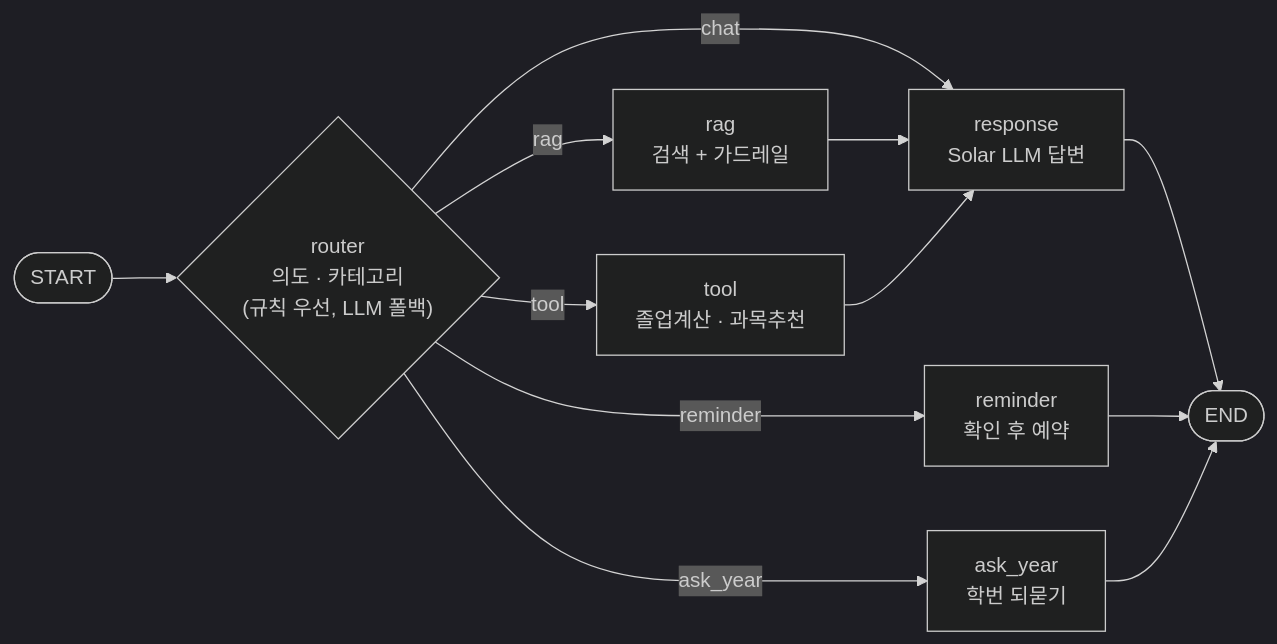
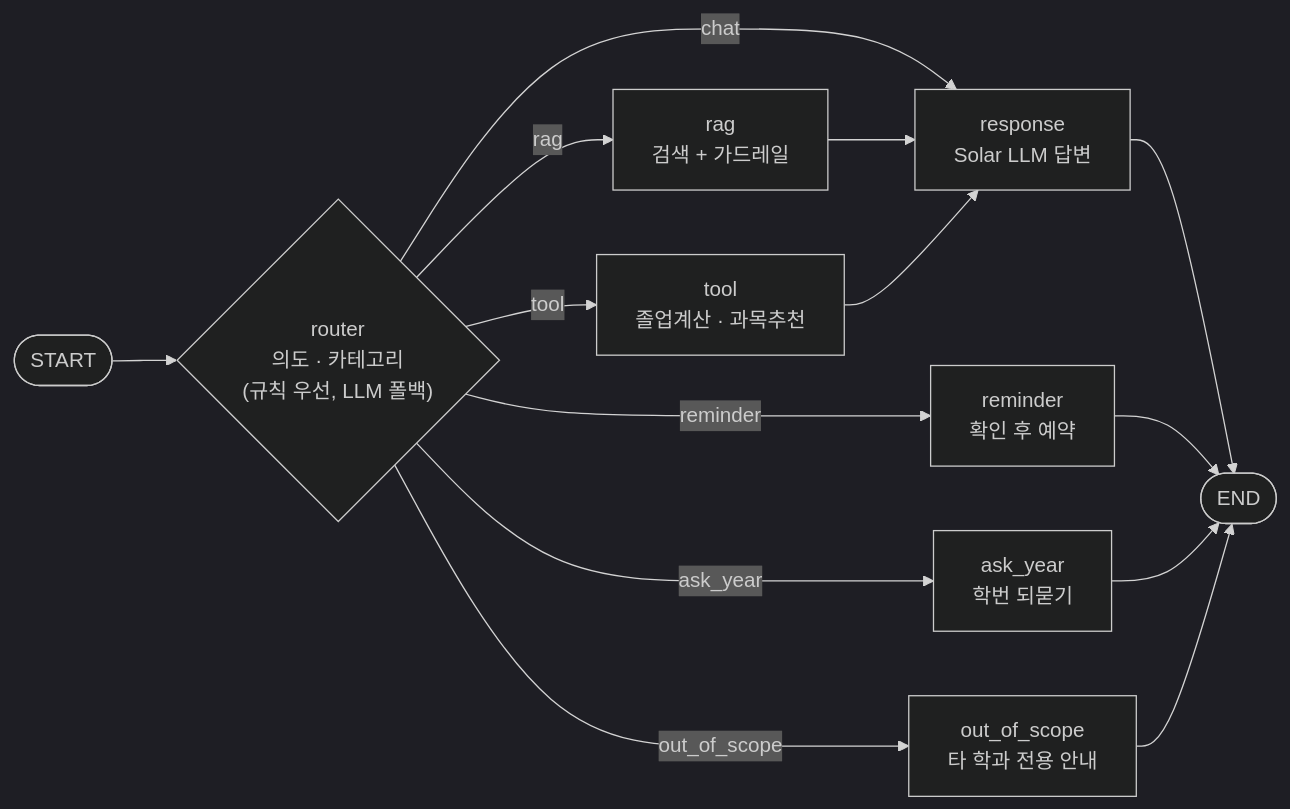
The second of 4 diagrams in docs/architecture.md (woojinwoojin/AI_Agent_Project), drawn with Mermaid (dark theme) before and after one commit. The commit also changed other lines of this file and 2 other files, not shown here.

First line of the commit message:
docs: 최근 병합 반영해 README·ADR·architecture 최신화

````diff
--- a/docs/architecture.md
+++ b/docs/architecture.md
@@ -35,14 +36,16 @@
 ```mermaid
 flowchart LR
   S(["START"]) --> R{"router<br/>의도 · 카테고리<br/>(규칙 우선, LLM 폴백)"}
   R -->|rag| RAG["rag<br/>검색 + 가드레일"]
   R -->|tool| T["tool<br/>졸업계산 · 과목추천"]
   R -->|reminder| RM["reminder<br/>확인 후 예약"]
   R -->|ask_year| AY["ask_year<br/>학번 되묻기"]
+  R -->|out_of_scope| OOS["out_of_scope<br/>타 학과 전용 안내"]
   R -->|chat| RESP
   RAG --> RESP["response<br/>Solar LLM 답변"]
   T --> RESP
   RESP --> E(["END"])
   RM --> E
   AY --> E
+  OOS --> E
 ```
````
